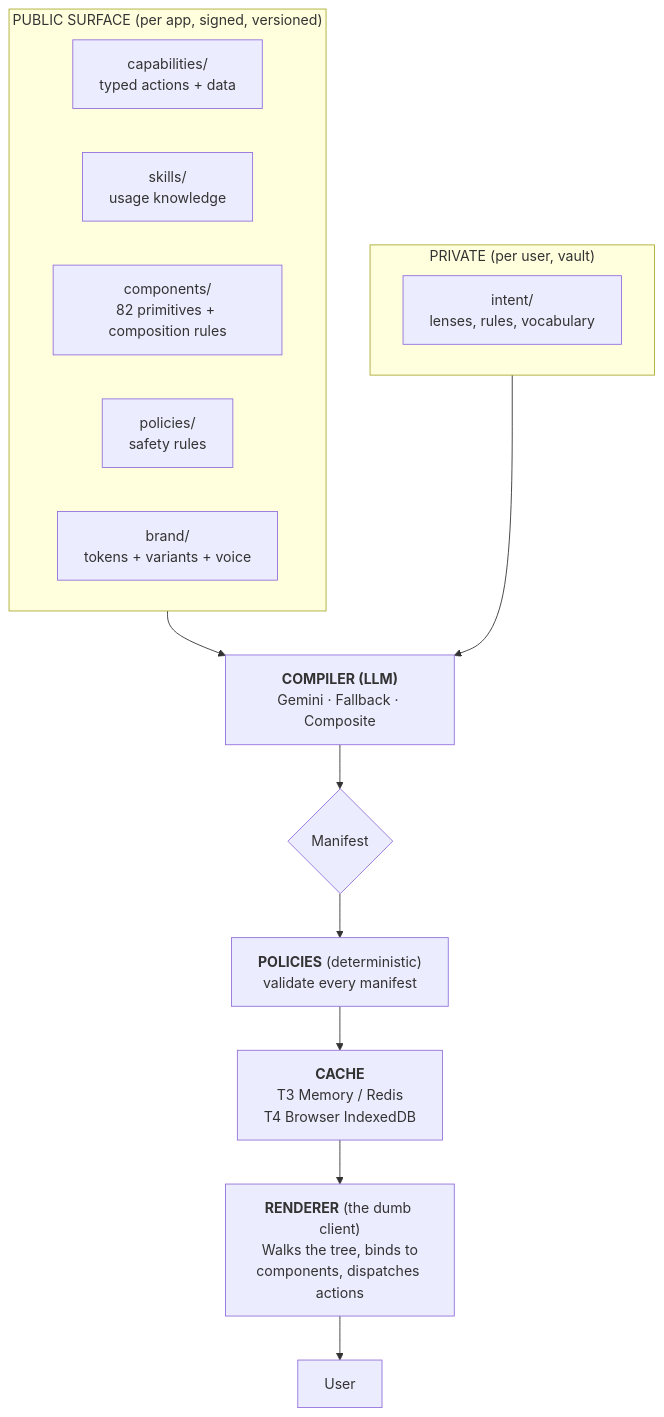
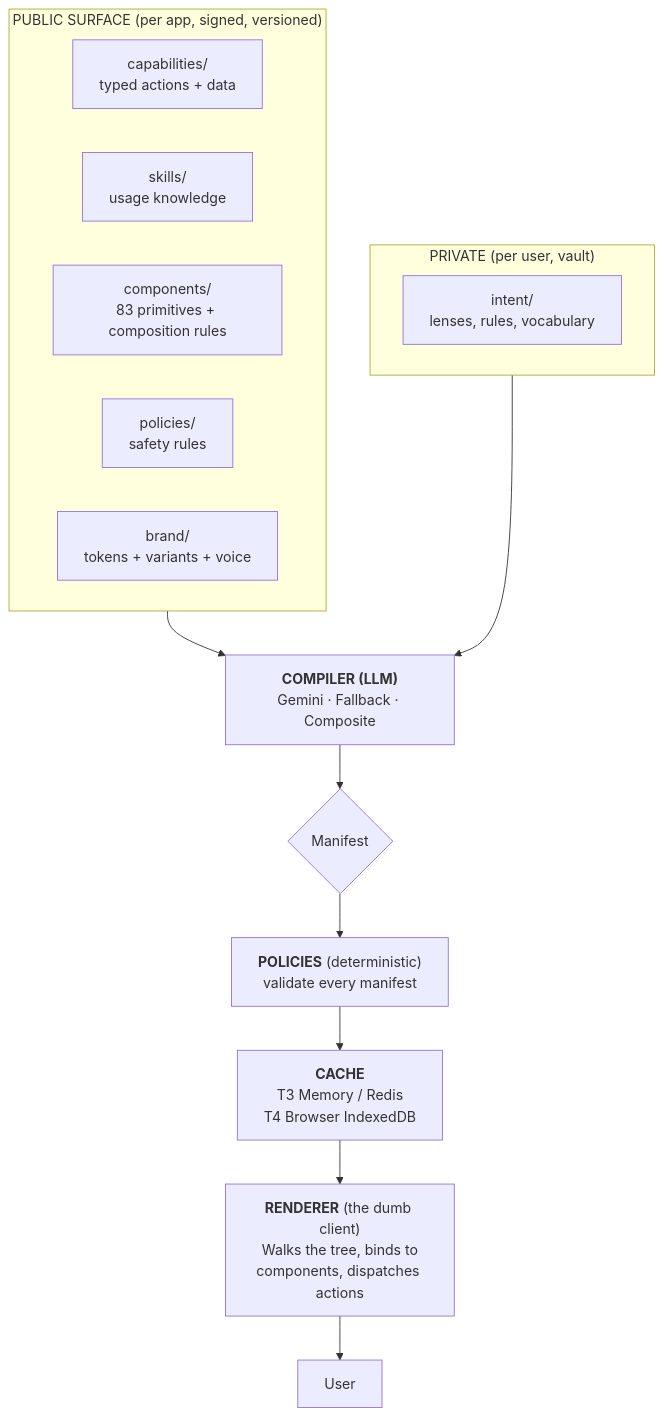
The first of 2 diagrams in apps/docs/src/content/docs/architecture.mdx (fragmatic-io/atelier), drawn with Mermaid before and after one commit. The commit also changed other lines of this file and 47 other files, not shown here.

````diff
--- a/apps/docs/src/content/docs/architecture.mdx
+++ b/apps/docs/src/content/docs/architecture.mdx
@@ -10,24 +10,24 @@
 ```mermaid
 flowchart TD
   subgraph public ["PUBLIC SURFACE (per app, signed, versioned)"]
     direction LR
     cap[capabilities/<br/>typed actions + data]
     skl[skills/<br/>usage knowledge]
-    cmp[components/<br/>82 primitives + composition rules]
+    cmp[components/<br/>83 primitives + composition rules]
     pol[policies/<br/>safety rules]
     brd[brand/<br/>tokens + variants + voice]
   end
 
   subgraph private ["PRIVATE (per user, vault)"]
     int[intent/<br/>lenses, rules, vocabulary]
   end
 
   public --> compiler
   private --> compiler
   compiler["<b>COMPILER (LLM)</b><br/>Gemini · Fallback · Composite"]
   compiler --> manifest{Manifest}
   manifest --> policies["<b>POLICIES</b> (deterministic)<br/>validate every manifest"]
   policies --> cache["<b>CACHE</b><br/>T3 Memory / Redis<br/>T4 Browser IndexedDB"]
   cache --> renderer["<b>RENDERER</b> (the dumb client)<br/>Walks the tree, binds to<br/>components, dispatches actions"]
   renderer --> user[User]
 ```
````
